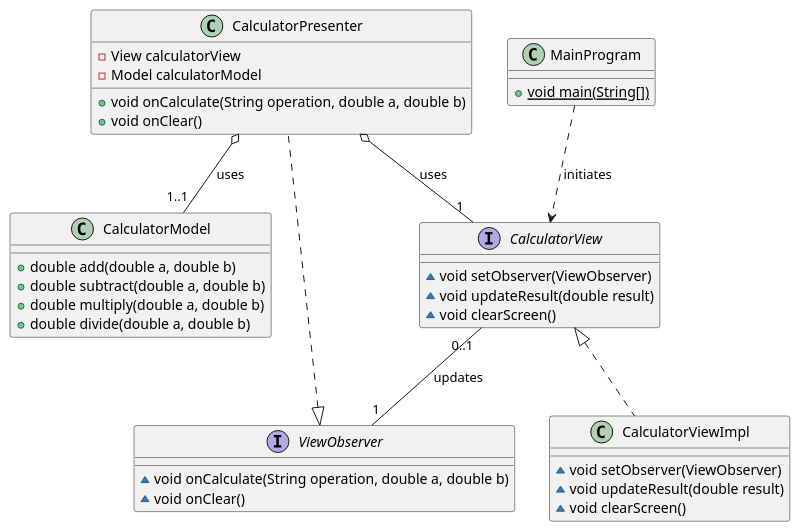
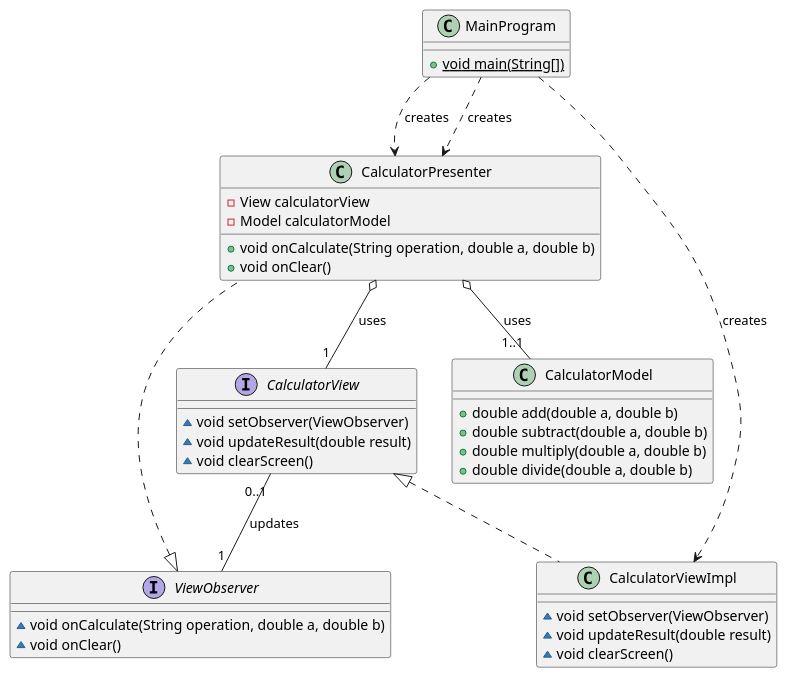
The diagram in lessonThree/src/main/java/ulmExample/example.puml (RomanAnnenkov/gb_seminar_architecture), drawn with PlantUML before and after one commit.

Commit message:
added lectionThree

```diff
--- a/lessonThree/src/main/java/ulmExample/example.puml
+++ b/lessonThree/src/main/java/ulmExample/example.puml
@@ -1,51 +1,55 @@
 @startuml
 ' Определение классов и интерфейсов
 class CalculatorPresenter {
   - View calculatorView
   - Model calculatorModel
   + void onCalculate(String operation, double a, double b)
   + void onClear()
 }
 
 class CalculatorModel {
   + double add(double a, double b)
   + double subtract(double a, double b)
   + double multiply(double a, double b)
   + double divide(double a, double b)
 }
 
 interface CalculatorView {
   ~ void setObserver(ViewObserver)
   ~ void updateResult(double result)
   ~ void clearScreen()
 }
 
 class MainProgram {
   + {static} void main(String[])
 }
 
 interface ViewObserver {
   ~ void onCalculate(String operation, double a, double b)
   ~ void onClear()
 }
 
 class CalculatorViewImpl {
   ~ void setObserver(ViewObserver)
   ~ void updateResult(double result)
   ~ void clearScreen()
 }
 
 ' Реализация интерфейса
 ViewObserver <|.. CalculatorPresenter
 CalculatorView <|.. CalculatorViewImpl
 
 ' Агрегация в UML отображается пустым ромбом
 CalculatorPresenter o-- "1" CalculatorView : uses
 CalculatorPresenter o-- "1..1" CalculatorModel : uses
 
 ' Зависимость
-MainProgram ..> CalculatorView : initiates
+'MainProgram ..> ViewObserver : initiates
+' Зависимость: MainProgram зависит от CalculatorPresenter для инициализации
+MainProgram ..> CalculatorPresenter : creates
+MainProgram ..> CalculatorViewImpl : creates
+MainProgram ..> CalculatorPresenter : creates
 
 ' Ассоциация с мультипликатором
 CalculatorView "0..1" -- "1" ViewObserver : updates
 @enduml
```
